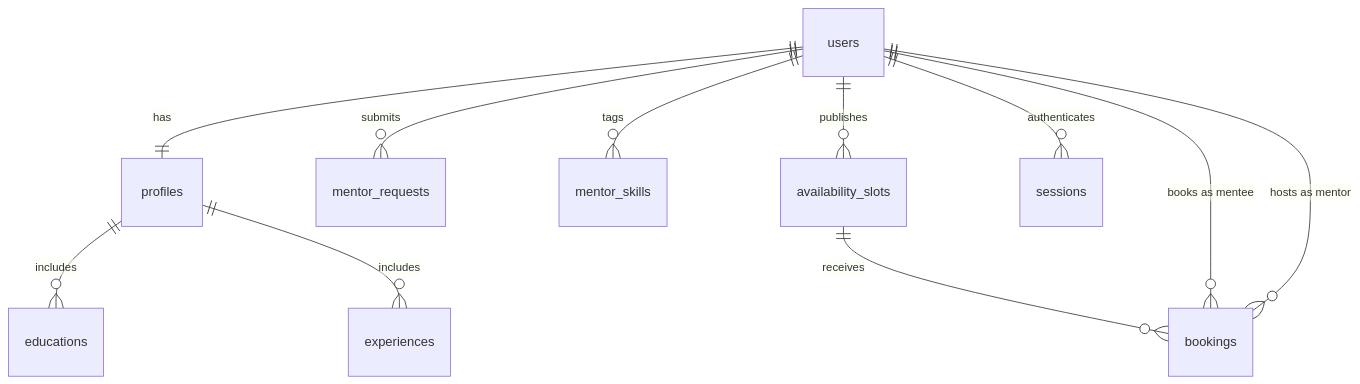
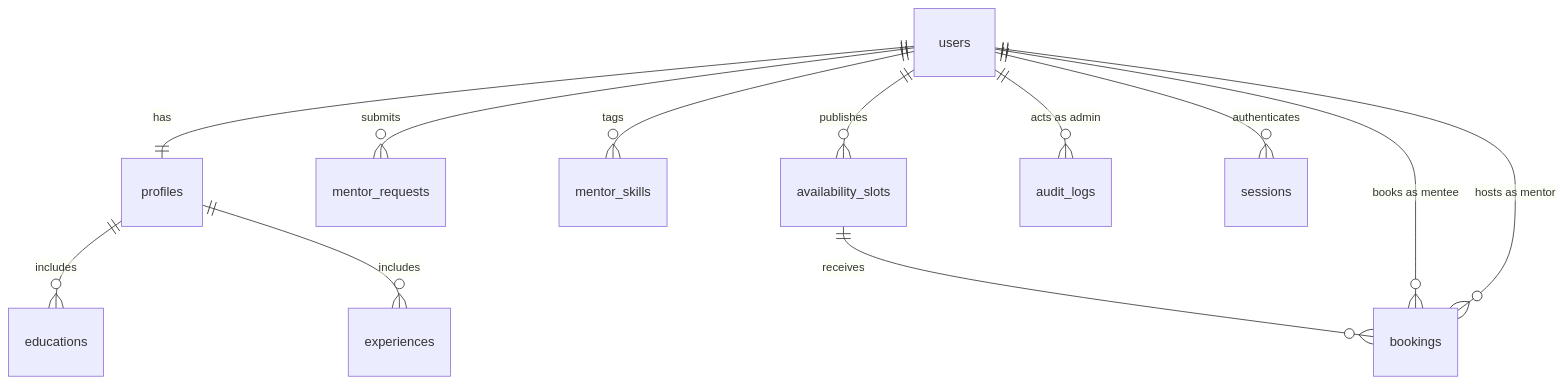
One commit to virtuecho/mentormatch changed the second of 4 diagrams in ARCHITECTURE.md. Above: the diagram before and after it, drawn with Mermaid. The commit also changed other lines of this file and 23 other files, not shown here.

Commit message:
Add admin audit boundaries and request tracing

````diff
--- a/ARCHITECTURE.md
+++ b/ARCHITECTURE.md
@@ -160,13 +167,14 @@
 ```mermaid
 erDiagram
     users ||--|| profiles : has
     profiles ||--o{ educations : includes
     profiles ||--o{ experiences : includes
     users ||--o{ mentor_requests : submits
     users ||--o{ mentor_skills : tags
     users ||--o{ availability_slots : publishes
     availability_slots ||--o{ bookings : receives
+    users ||--o{ audit_logs : "acts as admin"
     users ||--o{ bookings : "books as mentee"
     users ||--o{ bookings : "hosts as mentor"
     users ||--o{ sessions : authenticates
 ```
````
